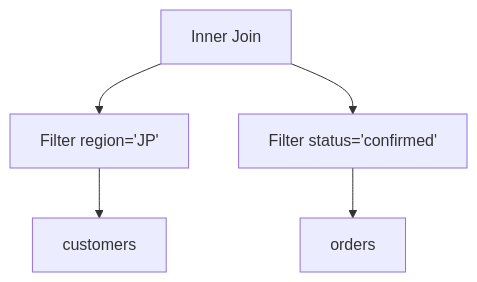
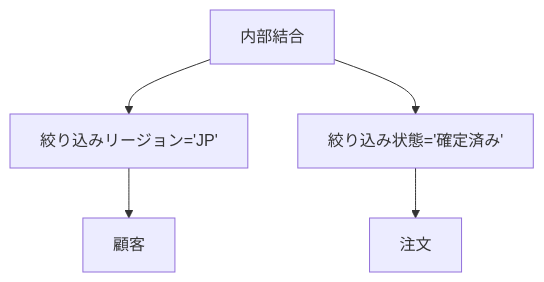
Before and after one commit to hirunebot/database-systems-book: the fourth of 5 diagrams in src/content/docs/03-query-processing/06-sql-logical-plans.md, drawn with Mermaid. The commit also changed other lines of this file and 42 other files, not shown here.

````diff
--- a/src/content/docs/03-query-processing/06-sql-logical-plans.md
+++ b/src/content/docs/03-query-processing/06-sql-logical-plans.md
@@ -151,12 +151,12 @@
 ```mermaid
 flowchart TB
-    J["Inner Join"]
-    FC["Filter region='JP'"]
-    FO["Filter status='confirmed'"]
-    C["customers"]
-    O["orders"]
+    J["内部結合"]
+    FC["絞り込みリージョン='JP'"]
+    FO["絞り込み状態='確定済み'"]
+    C["顧客"]
+    O["注文"]
     J --> FC
     J --> FO
     FC --> C
     FO --> O
 ```
````
